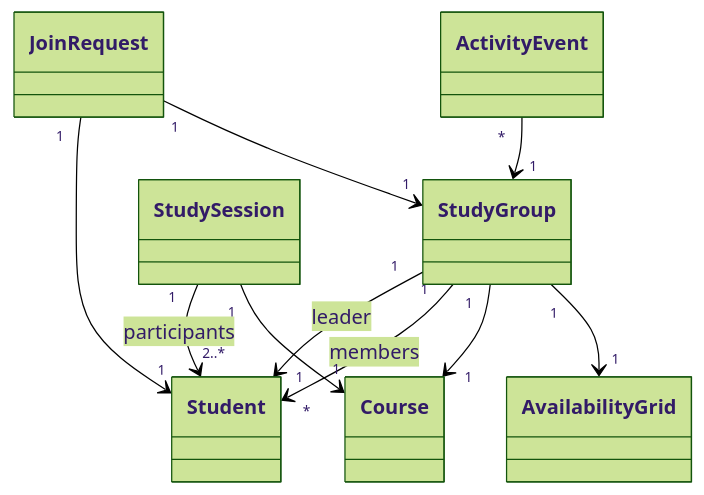
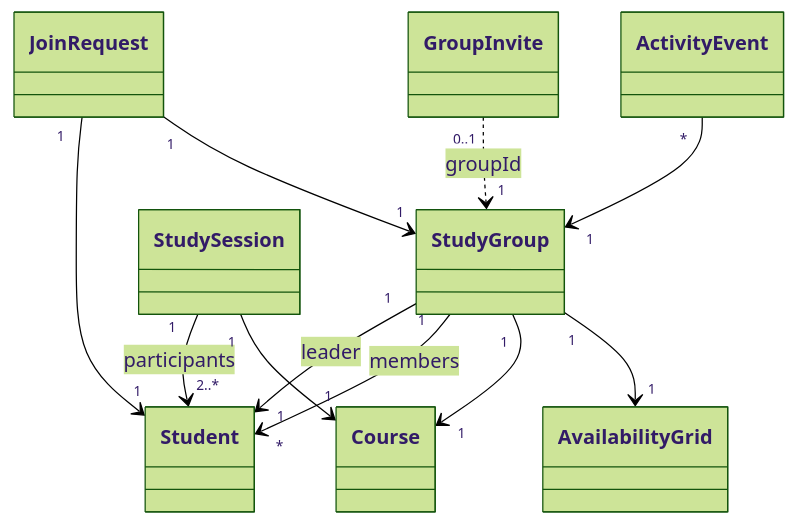
One commit to darrentiang/IS442-G1-T1 changed the diagram in docs/diagram-groups.mmd. Above: the diagram before and after it, drawn with Mermaid (forest theme). The commit also changed 14 other files, not shown here.

```diff
--- a/docs/diagram-groups.mmd
+++ b/docs/diagram-groups.mmd
@@ -1,11 +1,12 @@
 classDiagram
     direction TB
     StudyGroup "1" --> "1" Student : leader
     StudyGroup "1" --> "*" Student : members
     StudyGroup "1" --> "1" Course
     StudyGroup "1" --> "1" AvailabilityGrid
     JoinRequest "1" --> "1" Student
     JoinRequest "1" --> "1" StudyGroup
+    GroupInvite "0..1" ..> "1" StudyGroup : groupId
     ActivityEvent "*" --> "1" StudyGroup
     StudySession "1" --> "2..*" Student : participants
     StudySession "1" --> "1" Course
```
